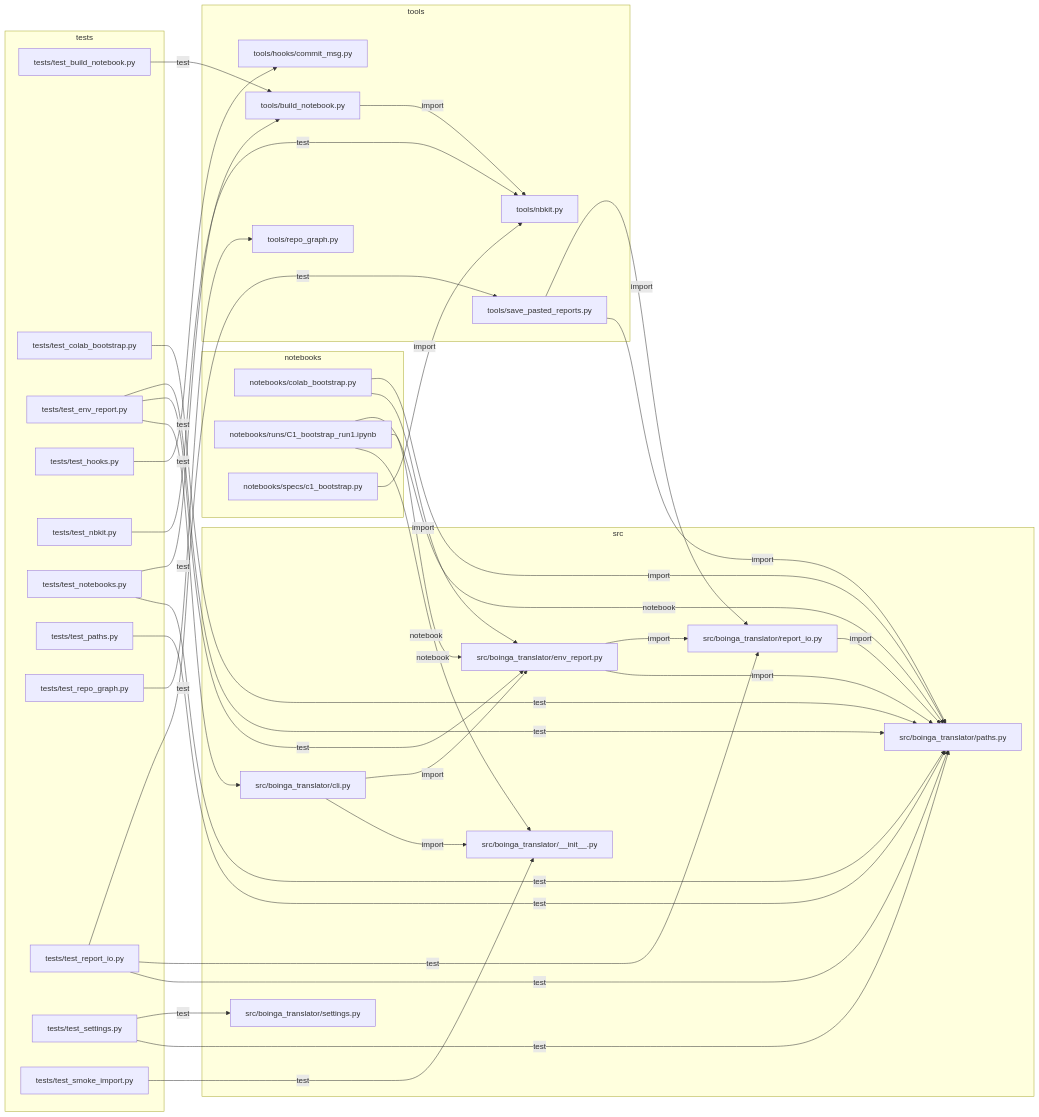
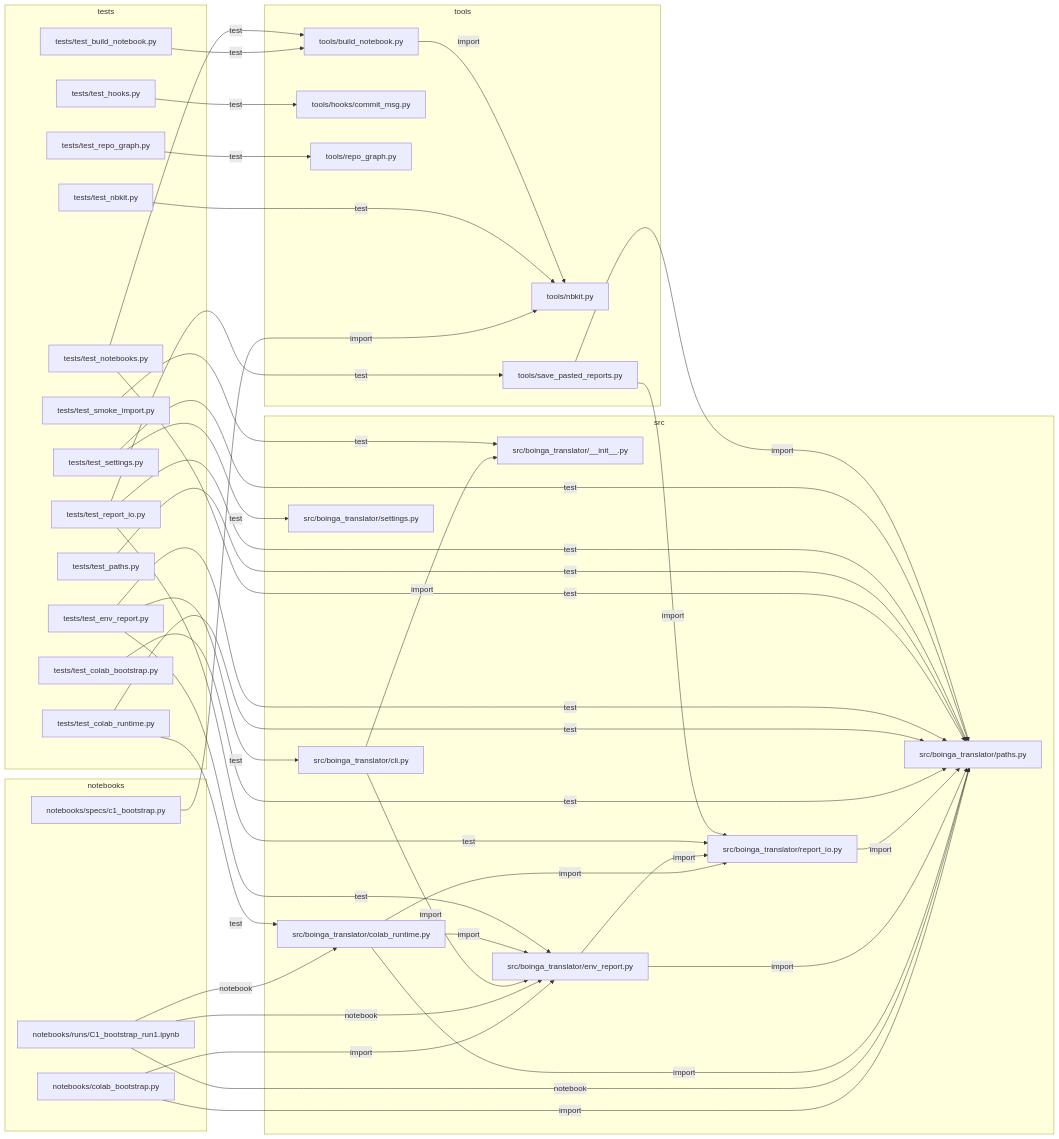
One commit to asparagusD/boinga-translator changed the diagram in docs/REPO_GRAPH.md. Above: the diagram before and after it, drawn with Mermaid. The commit also changed other lines of this file and 4 other files, not shown here.

````diff
--- a/docs/REPO_GRAPH.md
+++ b/docs/REPO_GRAPH.md
@@ -76,67 +78,74 @@
 ```mermaid
 graph LR
   subgraph sg_notebooks["notebooks"]
     n_notebooks_colab_bootstrap_py["notebooks/colab_bootstrap.py"]
     n_notebooks_runs_C1_bootstrap_run1_ipynb["notebooks/runs/C1_bootstrap_run1.ipynb"]
     n_notebooks_specs_c1_bootstrap_py["notebooks/specs/c1_bootstrap.py"]
   end
   subgraph sg_src["src"]
     n_src_boinga_translator___init___py["src/boinga_translator/__init__.py"]
     n_src_boinga_translator_cli_py["src/boinga_translator/cli.py"]
+    n_src_boinga_translator_colab_runtime_py["src/boinga_translator/colab_runtime.py"]
     n_src_boinga_translator_env_report_py["src/boinga_translator/env_report.py"]
     n_src_boinga_translator_paths_py["src/boinga_translator/paths.py"]
     n_src_boinga_translator_report_io_py["src/boinga_translator/report_io.py"]
     n_src_boinga_translator_settings_py["src/boinga_translator/settings.py"]
   end
   subgraph sg_tests["tests"]
     n_tests_test_build_notebook_py["tests/test_build_notebook.py"]
     n_tests_test_colab_bootstrap_py["tests/test_colab_bootstrap.py"]
+    n_tests_test_colab_runtime_py["tests/test_colab_runtime.py"]
     n_tests_test_env_report_py["tests/test_env_report.py"]
     n_tests_test_hooks_py["tests/test_hooks.py"]
     n_tests_test_nbkit_py["tests/test_nbkit.py"]
     n_tests_test_notebooks_py["tests/test_notebooks.py"]
     n_tests_test_paths_py["tests/test_paths.py"]
     n_tests_test_repo_graph_py["tests/test_repo_graph.py"]
     n_tests_test_report_io_py["tests/test_report_io.py"]
     n_tests_test_settings_py["tests/test_settings.py"]
     n_tests_test_smoke_import_py["tests/test_smoke_import.py"]
   end
   subgraph sg_tools["tools"]
     n_tools_build_notebook_py["tools/build_notebook.py"]
     n_tools_hooks_commit_msg_py["tools/hooks/commit_msg.py"]
     n_tools_nbkit_py["tools/nbkit.py"]
     n_tools_repo_graph_py["tools/repo_graph.py"]
     n_tools_save_pasted_reports_py["tools/save_pasted_reports.py"]
   end
   n_notebooks_colab_bootstrap_py -->|import| n_src_boinga_translator_env_report_py
   n_notebooks_colab_bootstrap_py -->|import| n_src_boinga_translator_paths_py
-  n_notebooks_runs_C1_bootstrap_run1_ipynb -->|notebook| n_src_boinga_translator___init___py
+  n_notebooks_runs_C1_bootstrap_run1_ipynb -->|notebook| n_src_boinga_translator_colab_runtime_py
   n_notebooks_runs_C1_bootstrap_run1_ipynb -->|notebook| n_src_boinga_translator_env_report_py
   n_notebooks_runs_C1_bootstrap_run1_ipynb -->|notebook| n_src_boinga_translator_paths_py
   n_notebooks_specs_c1_bootstrap_py -->|import| n_tools_nbkit_py
   n_src_boinga_translator_cli_py -->|import| n_src_boinga_translator___init___py
   n_src_boinga_translator_cli_py -->|import| n_src_boinga_translator_env_report_py
+  n_src_boinga_translator_colab_runtime_py -->|import| n_src_boinga_translator_env_report_py
+  n_src_boinga_translator_colab_runtime_py -->|import| n_src_boinga_translator_paths_py
+  n_src_boinga_translator_colab_runtime_py -->|import| n_src_boinga_translator_report_io_py
   n_src_boinga_translator_env_report_py -->|import| n_src_boinga_translator_paths_py
   n_src_boinga_translator_env_report_py -->|import| n_src_boinga_translator_report_io_py
   n_src_boinga_translator_report_io_py -->|import| n_src_boinga_translator_paths_py
   n_tests_test_build_notebook_py -->|test| n_tools_build_notebook_py
   n_tests_test_colab_bootstrap_py -->|test| n_src_boinga_translator_paths_py
+  n_tests_test_colab_runtime_py -->|test| n_src_boinga_translator_colab_runtime_py
+  n_tests_test_colab_runtime_py -->|test| n_src_boinga_translator_paths_py
   n_tests_test_env_report_py -->|test| n_src_boinga_translator_cli_py
   n_tests_test_env_report_py -->|test| n_src_boinga_translator_env_report_py
   n_tests_test_env_report_py -->|test| n_src_boinga_translator_paths_py
   n_tests_test_hooks_py -->|test| n_tools_hooks_commit_msg_py
   n_tests_test_nbkit_py -->|test| n_tools_nbkit_py
   n_tests_test_notebooks_py -->|test| n_src_boinga_translator_paths_py
   n_tests_test_notebooks_py -->|test| n_tools_build_notebook_py
   n_tests_test_paths_py -->|test| n_src_boinga_translator_paths_py
   n_tests_test_repo_graph_py -->|test| n_tools_repo_graph_py
   n_tests_test_report_io_py -->|test| n_src_boinga_translator_paths_py
   n_tests_test_report_io_py -->|test| n_src_boinga_translator_report_io_py
   n_tests_test_report_io_py -->|test| n_tools_save_pasted_reports_py
   n_tests_test_settings_py -->|test| n_src_boinga_translator_paths_py
   n_tests_test_settings_py -->|test| n_src_boinga_translator_settings_py
   n_tests_test_smoke_import_py -->|test| n_src_boinga_translator___init___py
   n_tools_build_notebook_py -->|import| n_tools_nbkit_py
   n_tools_save_pasted_reports_py -->|import| n_src_boinga_translator_paths_py
   n_tools_save_pasted_reports_py -->|import| n_src_boinga_translator_report_io_py
 ```
````
